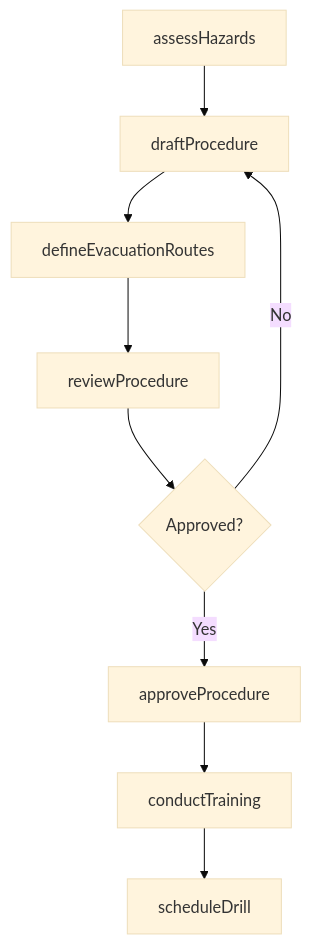
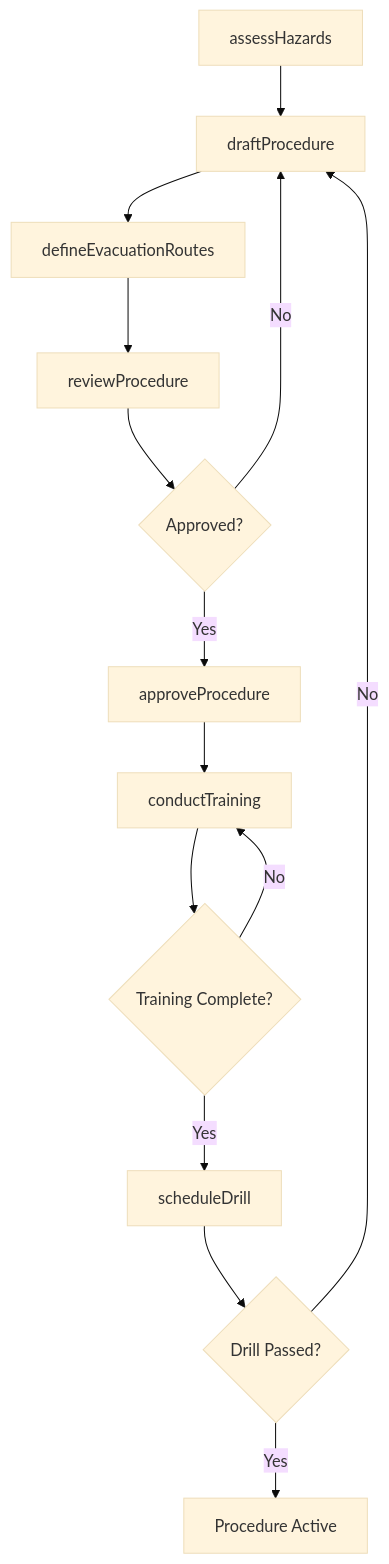
Before and after one commit to dot-org-ai/tasks.org.ai: the third of 4 diagrams in ThinkingCreatively/DevelopContingencyOrEmergencyResponsePlans/DevelopEmergencyProcedures.mdx, drawn with Mermaid (base theme). The commit also changed other lines of this file and 504 other files, not shown here.

First line of the commit message:
feat: Add ER diagrams, state diagrams, and workflow improvements to 96 DWA task files

````diff
--- a/ThinkingCreatively/DevelopContingencyOrEmergencyResponsePlans/DevelopEmergencyProcedures.mdx
+++ b/ThinkingCreatively/DevelopContingencyOrEmergencyResponsePlans/DevelopEmergencyProcedures.mdx
@@ -84,11 +114,16 @@
 ```mermaid
 graph TD
     A[assessHazards] --> B[draftProcedure]
     B --> C[defineEvacuationRoutes]
     C --> D[reviewProcedure]
     D --> E{Approved?}
     E -->|No| B
     E -->|Yes| F[approveProcedure]
     F --> G[conductTraining]
-    G --> H[scheduleDrill]
+    G --> H{Training Complete?}
+    H -->|No| G
+    H -->|Yes| I[scheduleDrill]
+    I --> J{Drill Passed?}
+    J -->|No| B
+    J -->|Yes| K[Procedure Active]
 ```
````
